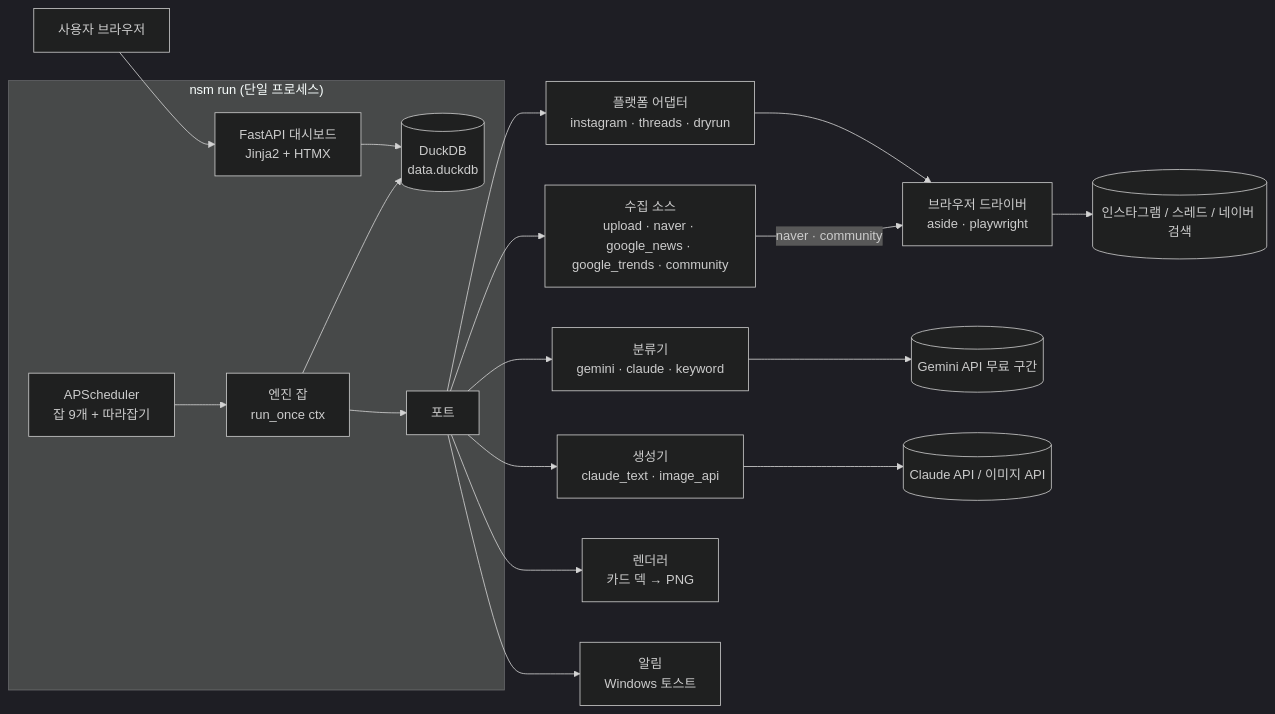
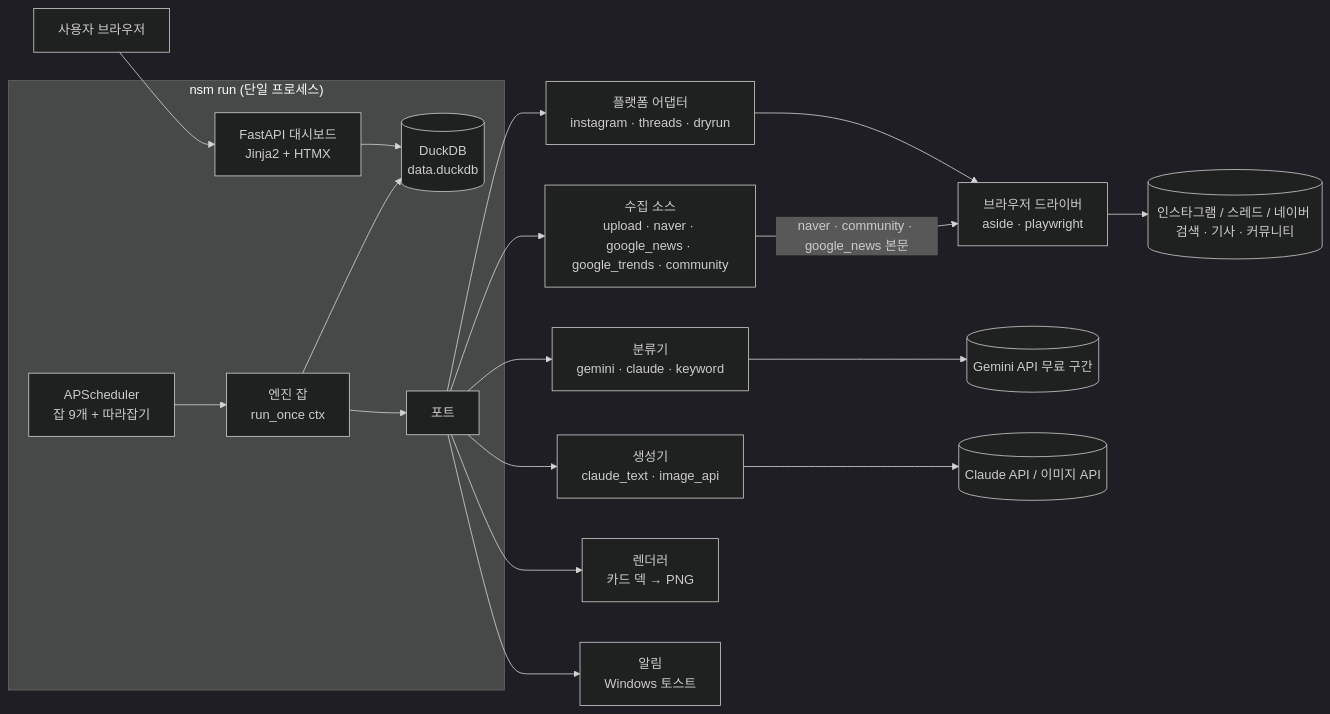
Before and after one commit to idktomorrow/non-sleep-marketer: the diagram in README.md, drawn with Mermaid (dark theme). The commit also changed other lines of this file and 2 other files, not shown here.

Commit message:
docs: widen collection driver edge to google_news body, add community (C57 review)
- runtime.py가 드라이버를 만들 수 있으면 구글 뉴스 본문도 fetch_article(driver)로 읽음
- 자료 모으기 행에 커뮤니티 게시판, Web 노드에 기사·커뮤니티
- devlog 리뷰 반영 기록

````diff
--- a/README.md
+++ b/README.md
@@ -60,21 +60,21 @@
 ```mermaid
 flowchart LR
   subgraph P["nsm run (단일 프로세스)"]
     S[APScheduler<br/>잡 9개 + 따라잡기] --> E[엔진 잡<br/>run_once ctx]
     W[FastAPI 대시보드<br/>Jinja2 + HTMX] --> R[(DuckDB<br/>data.duckdb)]
     E --> R
     E --> PT[포트]
   end
   PT --> PA[플랫폼 어댑터<br/>instagram · threads · dryrun]
   PT --> SRC[수집 소스<br/>upload · naver · google_news · google_trends · community]
   PT --> CL[분류기<br/>gemini · claude · keyword]
   PT --> GEN[생성기<br/>claude_text · image_api]
   PT --> RD[렌더러<br/>카드 덱 → PNG]
   PT --> NT[알림<br/>Windows 토스트]
   PA --> DRV[브라우저 드라이버<br/>aside · playwright]
-  SRC -->|naver · community| DRV
-  DRV --> Web[(인스타그램 / 스레드 / 네이버 검색)]
+  SRC -->|naver · community · google_news 본문| DRV
+  DRV --> Web[(인스타그램 / 스레드 / 네이버 검색 · 기사 · 커뮤니티)]
   CL --> GM[(Gemini API 무료 구간)]
   GEN --> API[(Claude API / 이미지 API)]
   U[사용자 브라우저] --> W
 ```
````
